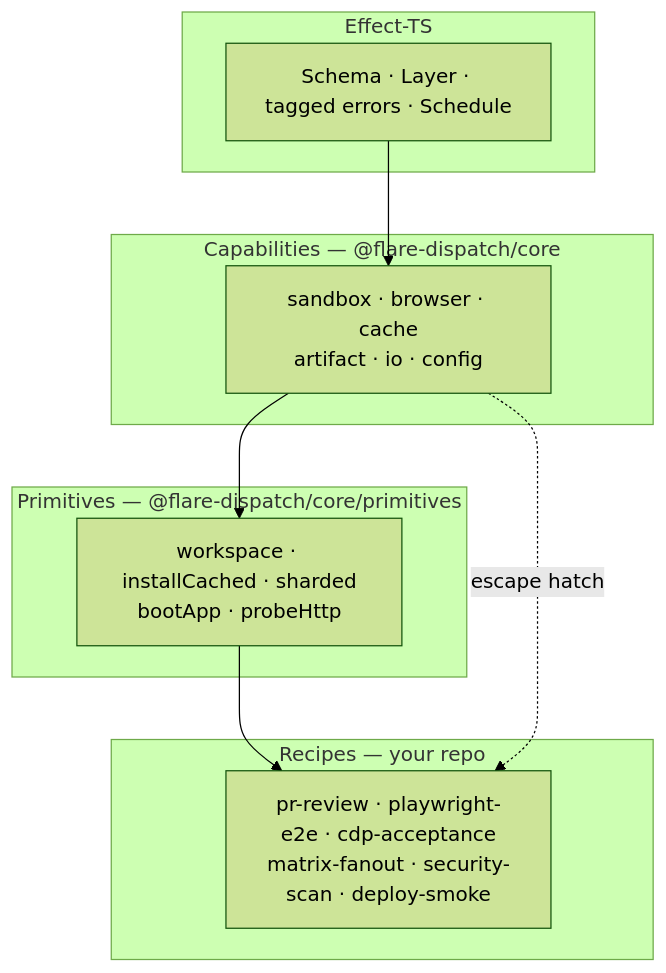
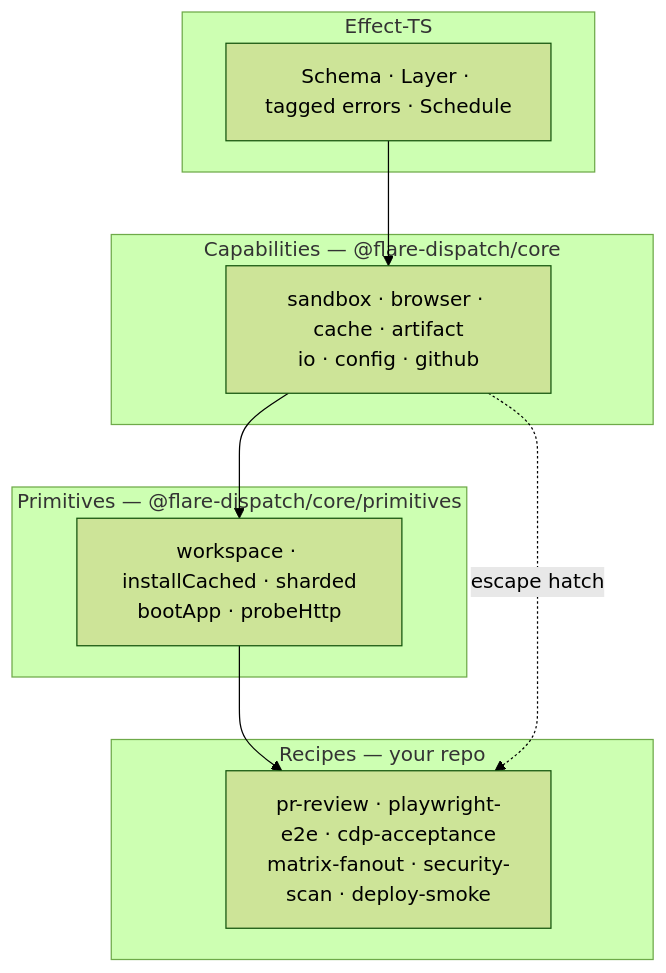
One commit to OpenHackersClub/flare-dispatch changed the diagram in specs/03-dsl.md. Above: the diagram before and after it, drawn with Mermaid (forest theme). The commit also changed other lines of this file and 16 other files, not shown here.

````diff
--- a/specs/03-dsl.md
+++ b/specs/03-dsl.md
@@ -9,19 +9,19 @@
 ```mermaid
 flowchart TB
   subgraph L0[Effect-TS]
     EFF[Schema · Layer · tagged errors · Schedule]
   end
   subgraph L1[Capabilities — @flare-dispatch/core]
-    CAP["sandbox · browser · cache<br/>artifact · io · config"]
+    CAP["sandbox · browser · cache · artifact<br/>io · config · github"]
   end
   subgraph L2[Primitives — @flare-dispatch/core/primitives]
     PRIM["workspace · installCached · sharded<br/>bootApp · probeHttp"]
   end
   subgraph L3[Recipes — your repo]
     REC["pr-review · playwright-e2e · cdp-acceptance<br/>matrix-fanout · security-scan · deploy-smoke"]
   end
   EFF --> CAP
   CAP --> PRIM
   PRIM --> REC
   CAP -.->|escape hatch| REC
 ```
````
